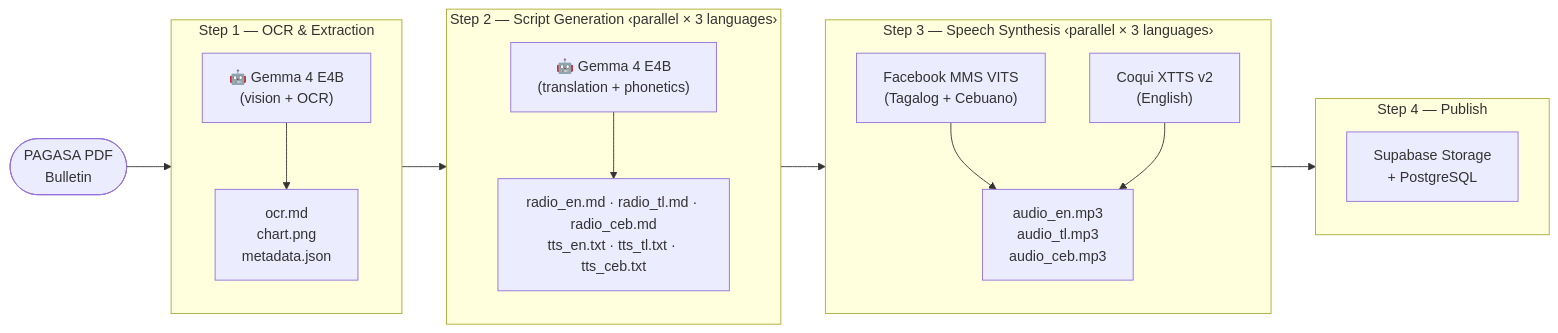
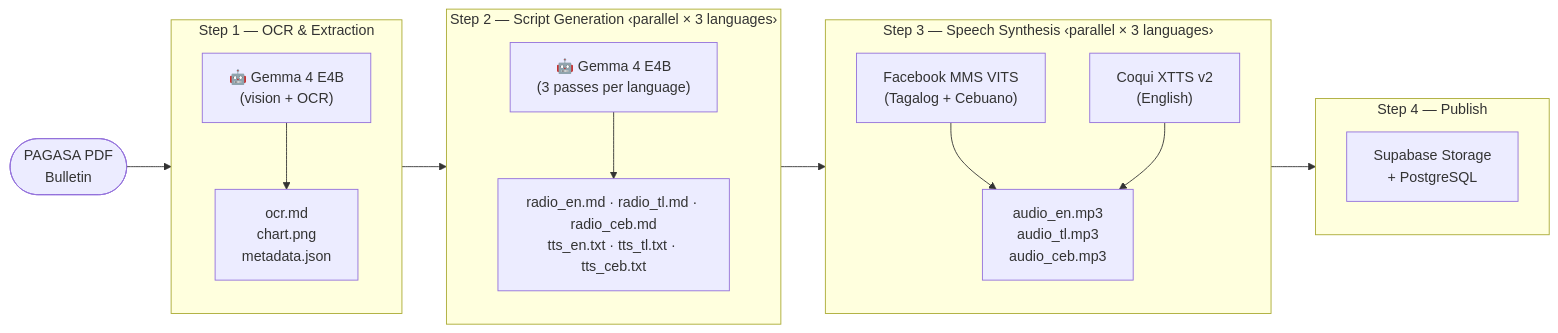
Before and after one commit to jaeyow/weatherspeak-ph: the first of 2 diagrams in README.md, drawn with Mermaid. The commit also changed other lines of this file and 2 other files, not shown here.

Commit message:
docs: update devlog PR #14, README Step 2 description, sync notebooks

````diff
--- a/README.md
+++ b/README.md
@@ -32,30 +32,30 @@
 ```mermaid
 flowchart LR
     PDF([PAGASA PDF\nBulletin])
 
     subgraph Step1["Step 1 — OCR & Extraction"]
         G1["🤖 Gemma 4 E4B\n(vision + OCR)"]
         OCR["ocr.md\nchart.png\nmetadata.json"]
         G1 --> OCR
     end
 
     subgraph Step2["Step 2 — Script Generation  ‹parallel × 3 languages›"]
-        G2["🤖 Gemma 4 E4B\n(translation + phonetics)"]
+        G2["🤖 Gemma 4 E4B\n(3 passes per language)"]
         S2OUT["radio_en.md · radio_tl.md · radio_ceb.md\ntts_en.txt · tts_tl.txt · tts_ceb.txt"]
         G2 --> S2OUT
     end
 
     subgraph Step3["Step 3 — Speech Synthesis  ‹parallel × 3 languages›"]
         TTS1["Facebook MMS VITS\n(Tagalog + Cebuano)"]
         TTS2["Coqui XTTS v2\n(English)"]
         MP3["audio_en.mp3\naudio_tl.mp3\naudio_ceb.mp3"]
         TTS1 --> MP3
         TTS2 --> MP3
     end
 
     subgraph Step4["Step 4 — Publish"]
         SB["Supabase Storage\n+ PostgreSQL"]
     end
 
     PDF --> Step1 --> Step2 --> Step3 --> Step4
 ```
````
